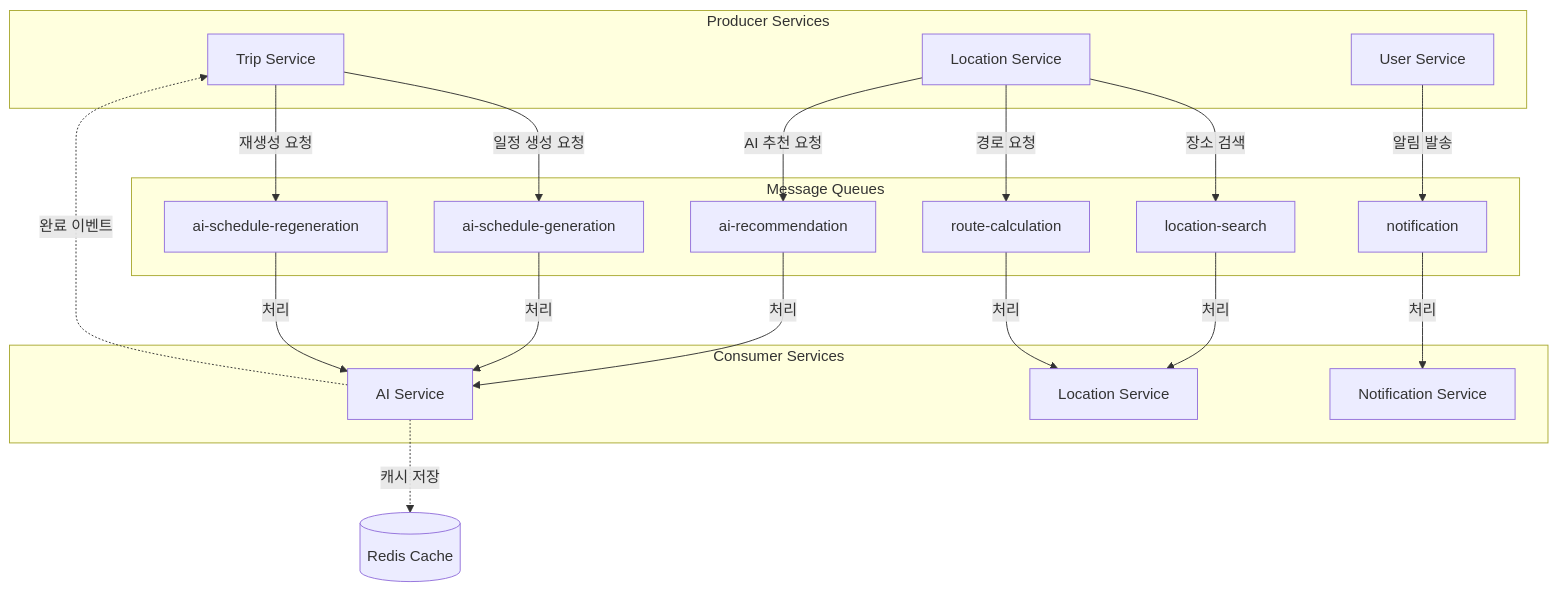
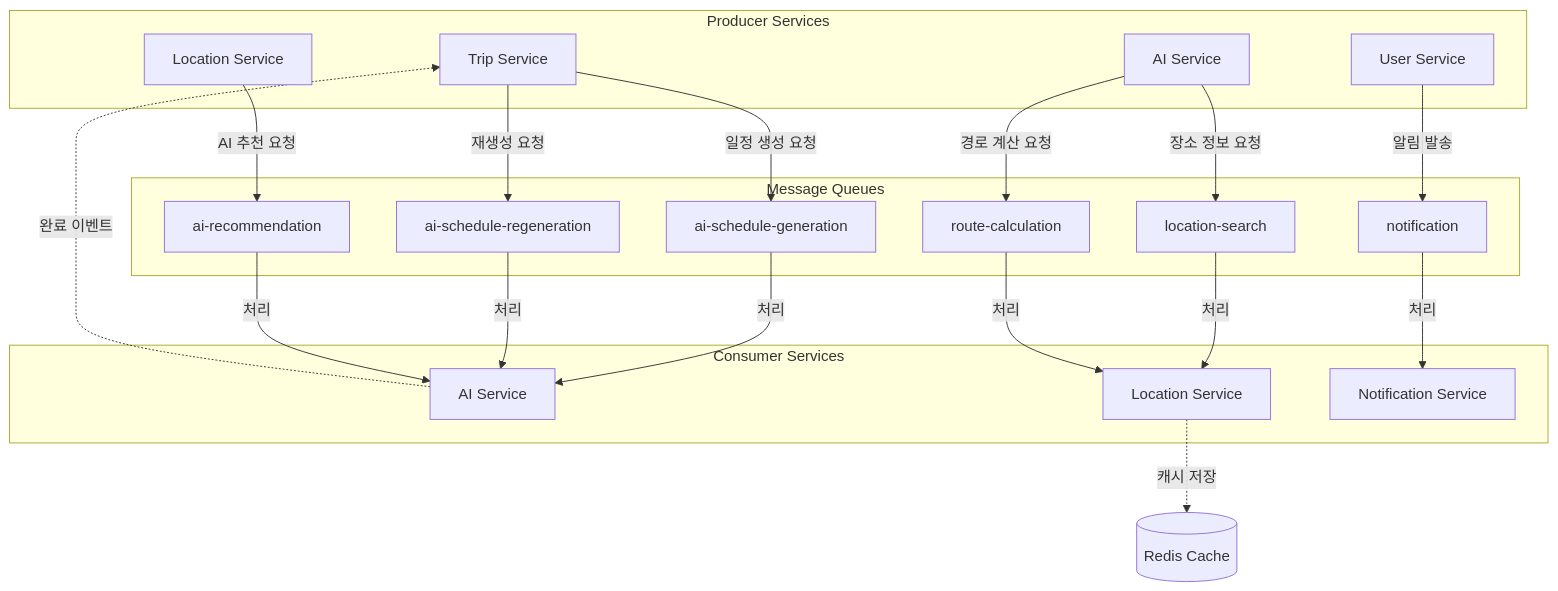
The diagram in develop/mq/mq-plan-dev.md (cna-bootcamp/tripgen), drawn with Mermaid before and after one commit. The commit also changed other lines of this file and 1 other file, not shown here.

Commit message:
MQ 설치계획서 수정 - 서비스별 Producer/Consumer 역할 정정
- location-search, route-calculation 큐: AI Service가 Producer, Location Service가 Consumer
- AI 일정 생성 플로우에 따라 정확한 메시지 흐름 반영
- Mermaid 다이어그램 수정으로 시각적 명확성 향상
- 서비스별 역할 상세 설명 추가

````diff
--- a/develop/mq/mq-plan-dev.md
+++ b/develop/mq/mq-plan-dev.md
@@ -24,40 +24,41 @@
 ```mermaid
 graph TB
     subgraph "Producer Services"
         TS[Trip Service]
+        AI_P[AI Service]
         LS[Location Service]
         US[User Service]
     end
     
     subgraph "Message Queues"
         Q1[ai-schedule-generation]
         Q2[ai-schedule-regeneration]
         Q3[location-search]
         Q4[route-calculation]
         Q5[ai-recommendation]
         Q6[notification]
     end
     
     subgraph "Consumer Services"
-        AI[AI Service]
+        AI_C[AI Service]
         LSC[Location Service]
         NS[Notification Service]
     end
     
     TS -->|일정 생성 요청| Q1
     TS -->|재생성 요청| Q2
-    LS -->|장소 검색| Q3
-    LS -->|경로 요청| Q4
+    AI_P -->|장소 정보 요청| Q3
+    AI_P -->|경로 계산 요청| Q4
     LS -->|AI 추천 요청| Q5
     US -->|알림 발송| Q6
     
-    Q1 -->|처리| AI
-    Q2 -->|처리| AI
+    Q1 -->|처리| AI_C
+    Q2 -->|처리| AI_C
     Q3 -->|처리| LSC
     Q4 -->|처리| LSC
-    Q5 -->|처리| AI
+    Q5 -->|처리| AI_C
     Q6 -->|처리| NS
     
-    AI -.->|완료 이벤트| TS
-    AI -.->|캐시 저장| Redis[(Redis Cache)]
+    AI_C -.->|완료 이벤트| TS
+    LSC -.->|캐시 저장| Redis[(Redis Cache)]
 ```
````
